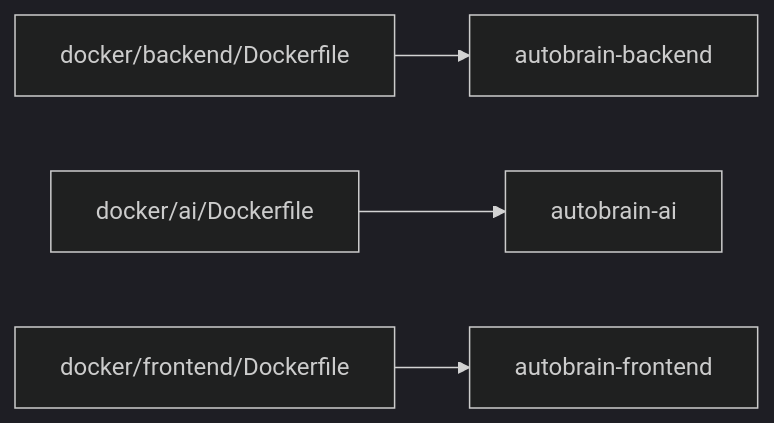
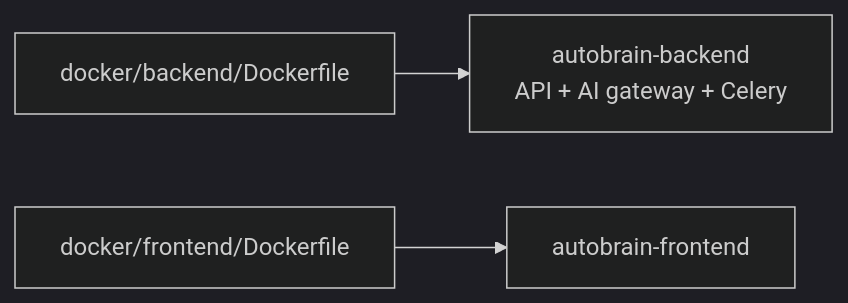
One commit to CannonFodder151/autobrain changed the third of 4 diagrams in docs/Deployment-and-Infrastructure/infrastructure-diagrams.md. Above: the diagram before and after it, drawn with Mermaid (dark theme). The commit also changed other lines of this file and 17 other files, not shown here.

First line of the commit message:
AUT-3824: Merge AI gateway into backend container for hosted stack

````diff
--- a/docs/Deployment-and-Infrastructure/infrastructure-diagrams.md
+++ b/docs/Deployment-and-Infrastructure/infrastructure-diagrams.md
@@ -35,6 +34,5 @@
 ```mermaid
 graph LR
-    BF[docker/backend/Dockerfile] --> AB[autobrain-backend]
-    AF[docker/ai/Dockerfile] --> AAI[autobrain-ai]
+    BF[docker/backend/Dockerfile] --> AB[autobrain-backend<br/>API + AI gateway + Celery]
     FF[docker/frontend/Dockerfile] --> AFE[autobrain-frontend]
 ```
````
